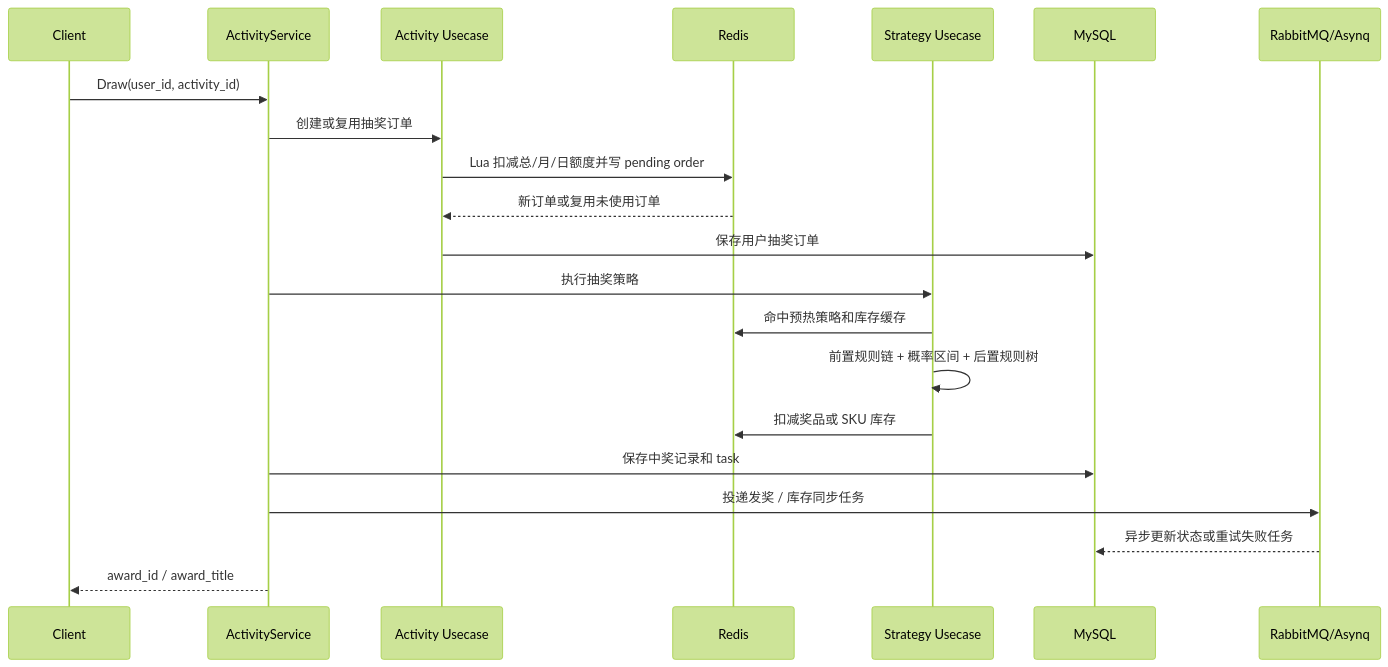
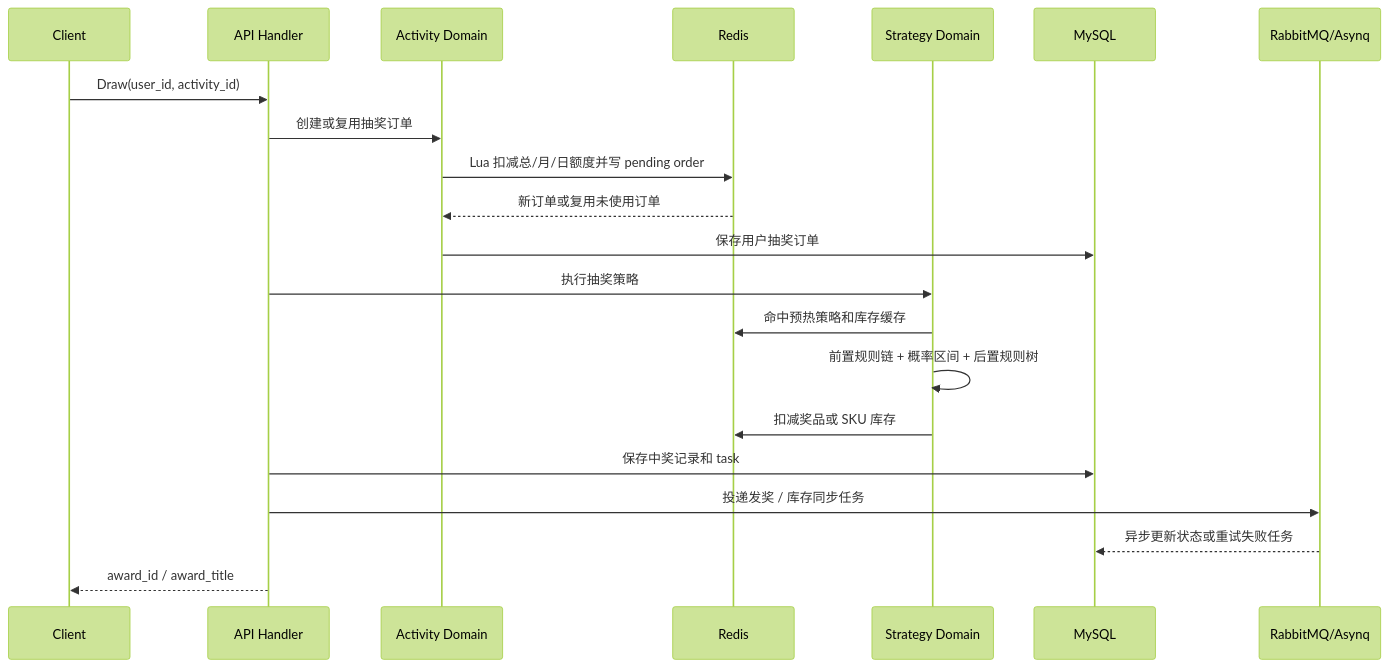
Before and after one commit to yywencs/PrizeForge: the second of 2 diagrams in README.md, drawn with Mermaid (forest theme). The commit also changed other lines of this file and 229 other files, not shown here.

````diff
--- a/README.md
+++ b/README.md
@@ -52,24 +50,24 @@
 ```mermaid
 sequenceDiagram
     participant C as Client
-    participant S as ActivityService
-    participant A as Activity Usecase
+    participant S as API Handler
+    participant A as Activity Domain
     participant R as Redis
-    participant ST as Strategy Usecase
+    participant ST as Strategy Domain
     participant DB as MySQL
     participant MQ as RabbitMQ/Asynq
 
     C->>S: Draw(user_id, activity_id)
     S->>A: 创建或复用抽奖订单
     A->>R: Lua 扣减总/月/日额度并写 pending order
     R-->>A: 新订单或复用未使用订单
     A->>DB: 保存用户抽奖订单
     S->>ST: 执行抽奖策略
     ST->>R: 命中预热策略和库存缓存
     ST->>ST: 前置规则链 + 概率区间 + 后置规则树
     ST->>R: 扣减奖品或 SKU 库存
     S->>DB: 保存中奖记录和 task
     S->>MQ: 投递发奖 / 库存同步任务
     MQ-->>DB: 异步更新状态或重试失败任务
     S-->>C: award_id / award_title
 ```
````
